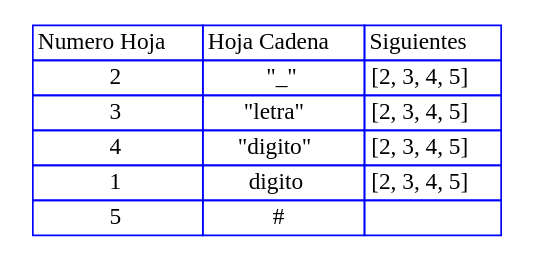
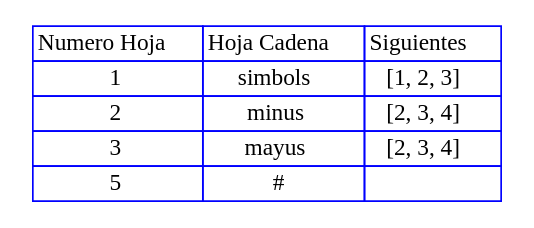
Before and after one commit to RojasCJP/Proyecto1_Compi1: the diagram in out/production/Proyecto1/Graphviz/Siguientes28.dot, drawn with Graphviz. The commit also changed 616 other files, not shown here.

```diff
--- a/out/production/Proyecto1/Graphviz/Siguientes28.dot
+++ b/out/production/Proyecto1/Graphviz/Siguientes28.dot
@@ -1,14 +1,14 @@
 digraph {
 
   tbl [
 
     shape=plaintext
     label=<
       <table border='0' cellborder='1' color='blue' cellspacing='0'>
-        <tr><td>Numero Hoja</td><td>Hoja Cadena</td><td>Siguientes</td></tr><tr><td>2</td><td>"_"</td><td>[2, 3, 4, 5]</td></tr><tr><td>3</td><td>"letra"</td><td>[2, 3, 4, 5]</td></tr><tr><td>4</td><td>"digito"</td><td>[2, 3, 4, 5]</td></tr><tr><td>1</td><td>digito</td><td>[2, 3, 4, 5]</td></tr><tr><td>5</td><td>#</td><td></td></tr>
+        <tr><td>Numero Hoja</td><td>Hoja Cadena</td><td>Siguientes</td></tr><tr><td>1</td><td>simbols</td><td>[1, 2, 3]</td></tr><tr><td>2</td><td>minus</td><td>[2, 3, 4]</td></tr><tr><td>3</td><td>mayus</td><td>[2, 3, 4]</td></tr><tr><td>5</td><td>#</td><td></td></tr>
 
       </table>
 
     >];
 
 }
```
